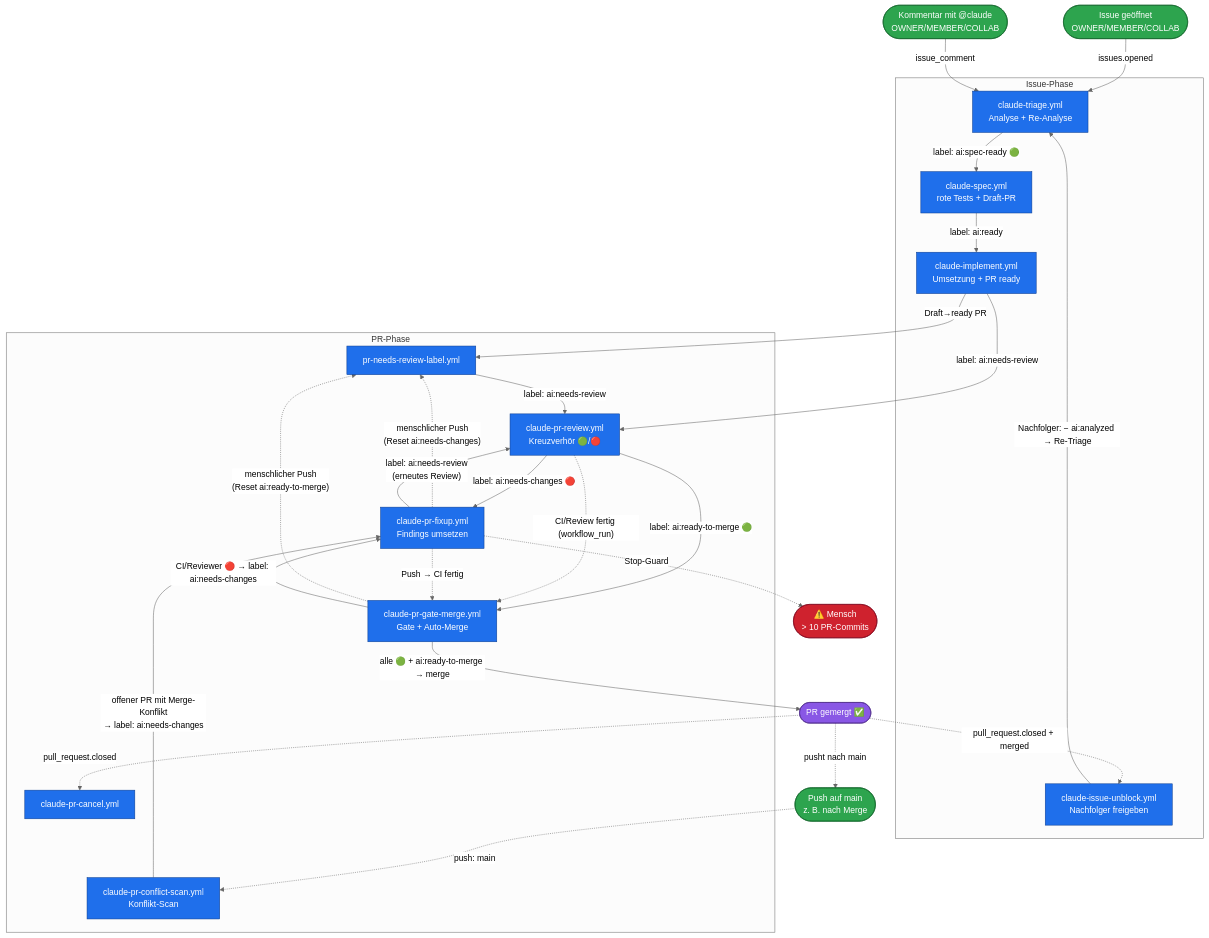
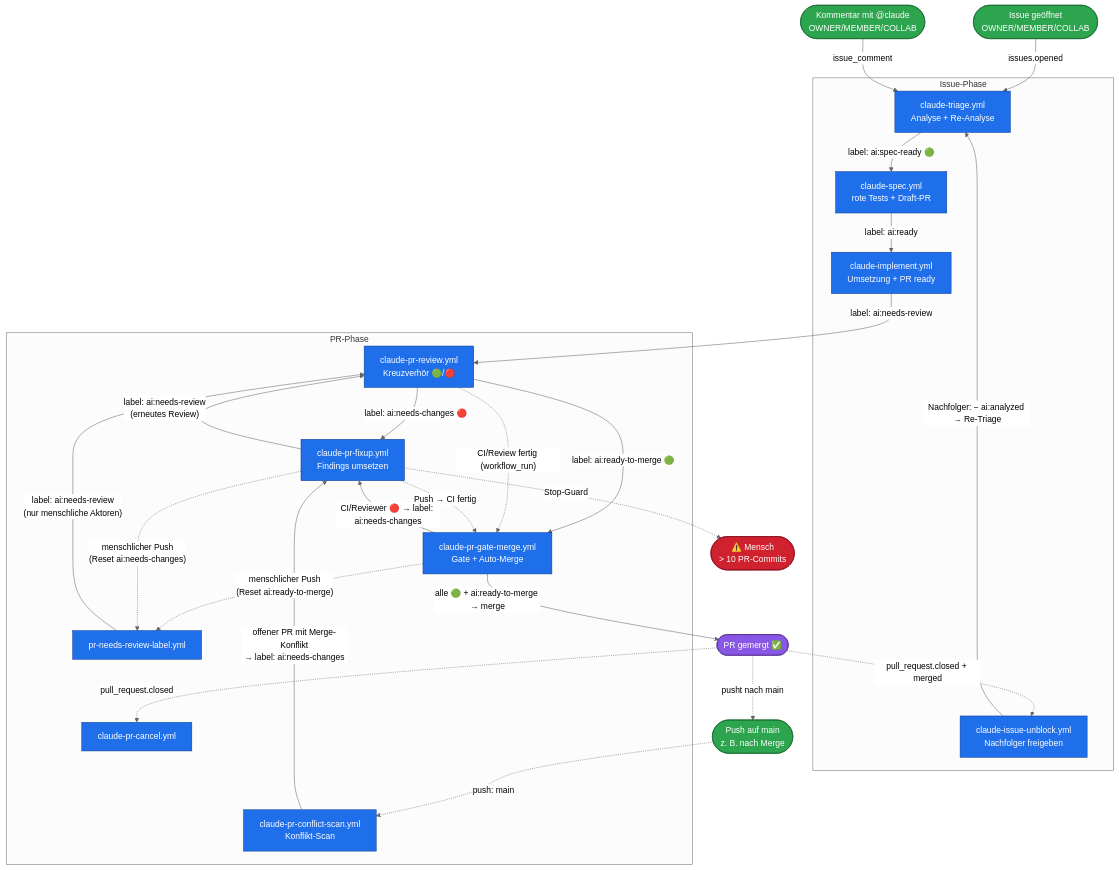
Before and after one commit to deleonio/priority-pilot: the diagram in docs/pipeline-flow.md, drawn with Mermaid (neutral theme). The commit also changed other lines of this file and 5 other files, not shown here.

Commit message:
fix(pipeline): revert M9, implement sets ai:needs-review itself

````diff
--- a/docs/pipeline-flow.md
+++ b/docs/pipeline-flow.md
@@ -9,74 +9,75 @@
 ```mermaid
 flowchart TD
     %% ====== Eintritt ======
     start([Issue geöffnet<br/>OWNER/MEMBER/COLLAB]):::evt
     cmt([Kommentar mit @claude<br/>OWNER/MEMBER/COLLAB]):::evt
     pushmain([Push auf main<br/>z. B. nach Merge]):::evt
 
     %% ====== Issue-Phase ======
     subgraph ISSUE [Issue-Phase]
         triage[claude-triage.yml<br/>Analyse + Re-Analyse]:::wf
         spec[claude-spec.yml<br/>rote Tests + Draft-PR]:::wf
         implement[claude-implement.yml<br/>Umsetzung + PR ready]:::wf
         unblock[claude-issue-unblock.yml<br/>Nachfolger freigeben]:::wf
     end
 
     %% ====== PR-Phase ======
     subgraph PR [PR-Phase]
         autolabel[pr-needs-review-label.yml]:::wf
         review[claude-pr-review.yml<br/>Kreuzverhör 🟢/🔴]:::wf
         fixup[claude-pr-fixup.yml<br/>Findings umsetzen]:::wf
         gatemerge[claude-pr-gate-merge.yml<br/>Gate + Auto-Merge]:::wf
         cancel[claude-pr-cancel.yml]:::wf
         conflictscan[claude-pr-conflict-scan.yml<br/>Konflikt-Scan]:::wf
     end
 
     merged([PR gemergt ✅]):::done
     human([⚠️ Mensch<br/>> 10 PR-Commits]):::stop
 
     %% ---- Issue-Trigger ----
     start -->|issues.opened| triage
     cmt -->|issue_comment| triage
     triage -->|"label: ai:spec-ready 🟢"| spec
     spec -->|"label: ai:ready"| implement
 
-    %% ---- Übergang Issue -> PR ----
-    implement -->|Draft→ready PR| autolabel
+    %% ---- Übergang Issue -> PR (implement setzt ai:needs-review SELBST als kontrollierten
+    %% letzten Schritt — pr-needs-review-label.yml reagiert bewusst NICHT auf bot-erzeugte
+    %% Draft→ready-Uebergaenge, nur auf menschliche PR-Erstellung/-Freigabe) ----
     implement -->|"label: ai:needs-review"| review
-    autolabel -->|"label: ai:needs-review"| review
 
-    %% ---- Push-Reset-Pfad (jeder menschliche Push auf den PR-Branch) ----
+    %% ---- Push-Reset-Pfad (jeder menschliche Push auf den PR-Branch) + menschlich erstellte PRs ----
     gatemerge -.->|"menschlicher Push<br/>(Reset ai:ready-to-merge)"| autolabel
     fixup -.->|"menschlicher Push<br/>(Reset ai:needs-changes)"| autolabel
+    autolabel -->|"label: ai:needs-review<br/>(nur menschliche Aktoren)"| review
 
     %% ---- Review-Verzweigung ----
     review -->|"label: ai:needs-changes 🔴"| fixup
     review -->|"label: ai:ready-to-merge 🟢"| gatemerge
 
     %% ---- Fixup-Schleife ----
     fixup -->|"label: ai:needs-review<br/>(erneutes Review)"| review
     fixup -.->|"Stop-Guard"| human
 
     %% ---- Deterministisches Gate (workflow_run) ----
     review -.->|"CI/Review fertig (workflow_run)"| gatemerge
     fixup -.->|"Push → CI fertig"| gatemerge
     gatemerge -->|"CI/Reviewer 🔴 → label: ai:needs-changes"| fixup
     gatemerge -->|"alle 🟢 + ai:ready-to-merge → merge"| merged
 
     %% ---- Abschluss ----
     merged -.->|pull_request.closed| cancel
 
     %% ---- Merge-getriebenes Unblocking aufeinander aufbauender Issues ----
     merged -.->|"pull_request.closed + merged"| unblock
     unblock -->|"Nachfolger: − ai:analyzed → Re-Triage"| triage
 
     %% ---- Konflikt-Scan bei Push auf main (z. B. nach Merge) ----
     merged -.->|"pusht nach main"| pushmain
     pushmain -.->|"push: main"| conflictscan
     conflictscan -->|"offener PR mit Merge-Konflikt<br/>→ label: ai:needs-changes"| fixup
 
     classDef wf fill:#1f6feb,stroke:#0b3d91,color:#fff;
     classDef evt fill:#2da44e,stroke:#116329,color:#fff;
     classDef done fill:#8957e5,stroke:#4c2889,color:#fff;
     classDef stop fill:#cf222e,stroke:#82071e,color:#fff;
 ```
````
